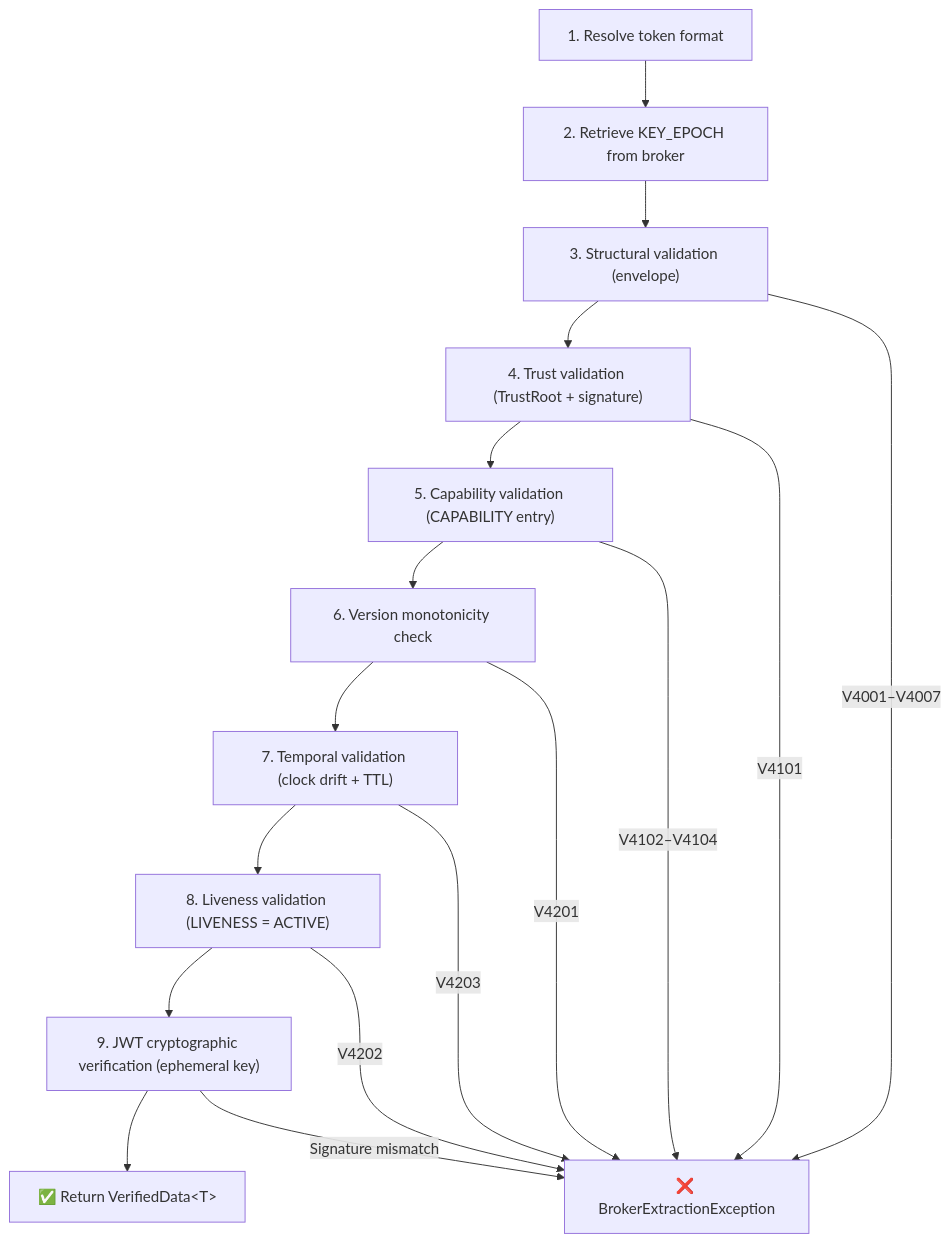
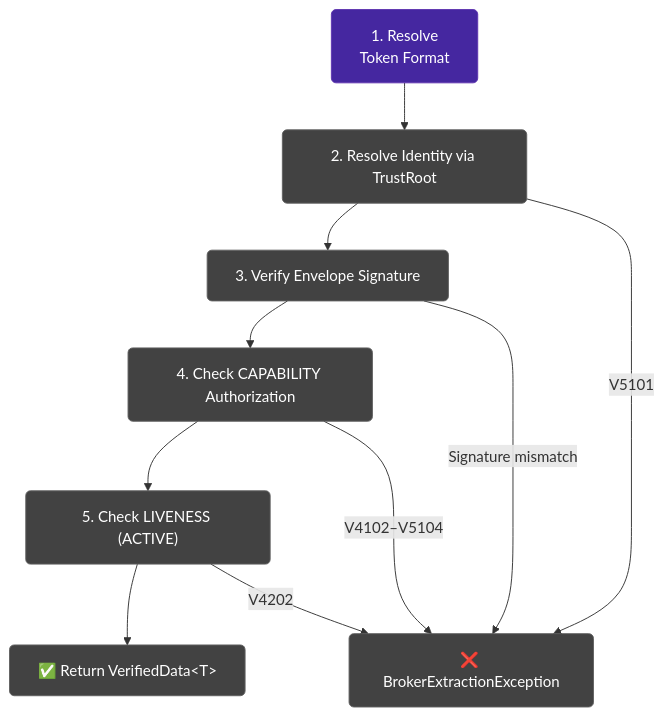
Before and after one commit to cyfko/veridot: the diagram in docs/docs/guides/verifying-tokens.md, drawn with Mermaid. The commit also changed other lines of this file and 84 other files, not shown here.

Commit message:
docs: complete Protocol V5 documentation rewrite (including premium diagrams)

````diff
--- a/docs/docs/guides/verifying-tokens.md
+++ b/docs/docs/guides/verifying-tokens.md
@@ -18,20 +14,23 @@
 ```mermaid
 flowchart TD
-    A["1. Resolve token format"] --> B["2. Retrieve KEY_EPOCH from broker"]
-    B --> C["3. Structural validation (envelope)"]
-    C --> D["4. Trust validation (TrustRoot + signature)"]
-    D --> E["5. Capability validation (CAPABILITY entry)"]
-    E --> F["6. Version monotonicity check"]
-    F --> G["7. Temporal validation (clock drift + TTL)"]
-    G --> H["8. Liveness validation (LIVENESS = ACTIVE)"]
-    H --> I["9. JWT cryptographic verification (ephemeral key)"]
-    I --> J["✅ Return VerifiedData&lt;T&gt;"]
 
-    C -- "V4001–V4007" --> X["❌ BrokerExtractionException"]
-    D -- "V4101" --> X
-    E -- "V4102–V4104" --> X
-    F -- "V4201" --> X
-    G -- "V4203" --> X
-    H -- "V4202" --> X
-    I -- "Signature mismatch" --> X
+    %% Premium Theme
+    classDef default fill:#424242,stroke:#616161,stroke-width:1px,color:#fff,rx:5px,ry:5px;
+    classDef service fill:#4527a0,stroke:#5e35b1,stroke-width:1px,color:#fff,rx:5px,ry:5px;
+    classDef broker fill:#004d40,stroke:#00695c,stroke-width:1px,color:#fff,rx:5px,ry:5px;
+    classDef db fill:#bf360c,stroke:#d84315,stroke-width:1px,color:#fff,rx:5px,ry:5px;
+    classDef taas fill:#01579b,stroke:#0277bd,stroke-width:1px,color:#fff,rx:5px,ry:5px;
+
+A["1. Resolve<br/>Token Format"] --> B["2. Resolve Identity via TrustRoot"]
+    B --> C["3. Verify Envelope Signature"]
+    C --> D["4. Check CAPABILITY Authorization"]
+    D --> E["5. Check LIVENESS (ACTIVE)"]
+    E --> F["✅ Return VerifiedData&lt;T&gt;"]
+
+    B -- "V5101" --> X["❌ BrokerExtractionException"]
+    C -- "Signature mismatch" --> X
+    D -- "V4102–V5104" --> X
+    E -- "V4202" --> X
+    class A service;
+
 ```
````
